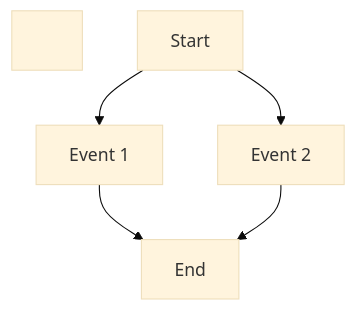
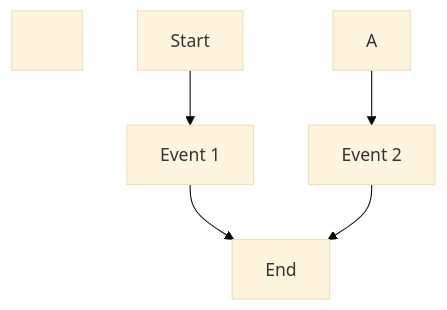
One commit to LbsLundAW/DiceGame-Examples changed the diagram in README.md. Above: the diagram before and after it, drawn with Mermaid (base theme).

````diff
--- a/README.md
+++ b/README.md
@@ -7,13 +7,13 @@
 ```mermaid
 
-graph TD
+graph TD;
 
 &nbsp;	A\[Start]-->B\[Event 1]
 
-&nbsp;	A\[Start]-->C\[Event 2]
+&nbsp;	A-->C\[Event 2]
 
 &nbsp;	B\[Event 1]-->D\[End]
 
 &nbsp;	C\[Event 2]-->D\[End]
 
 ```
````
